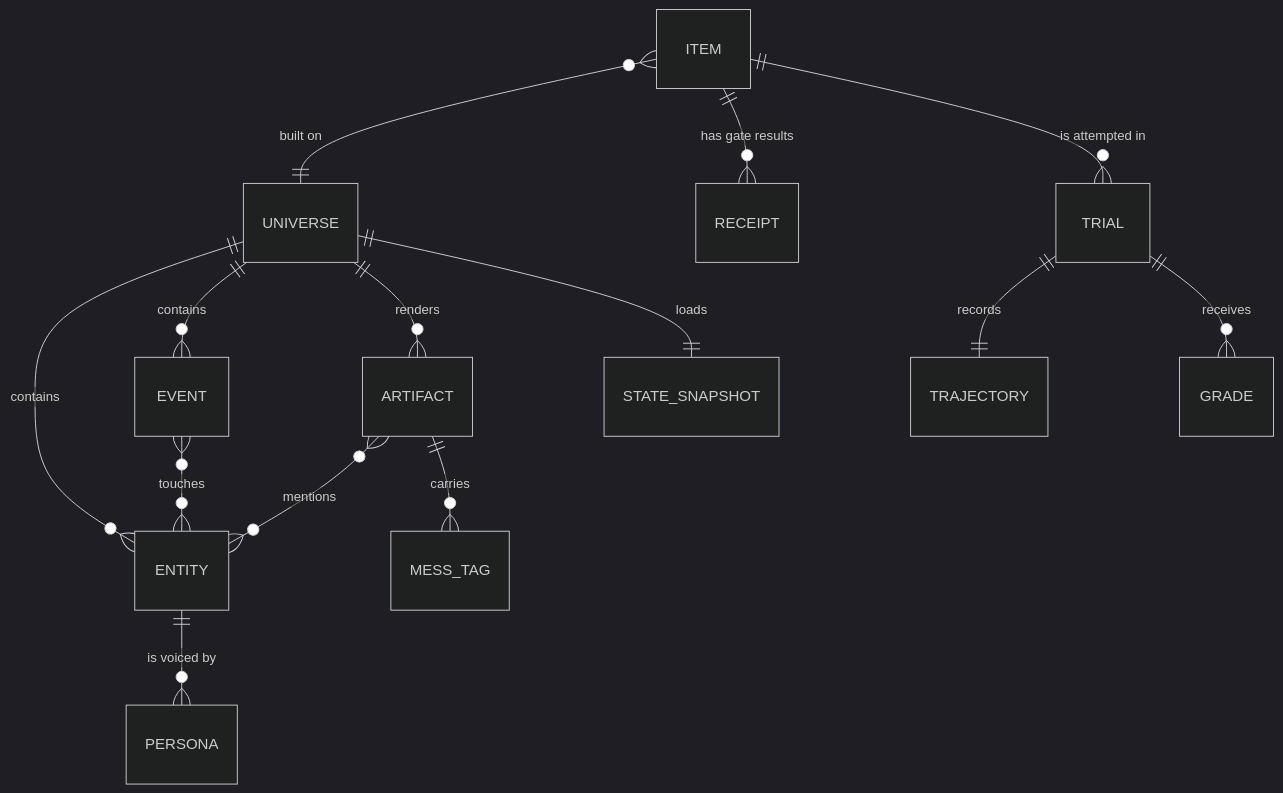
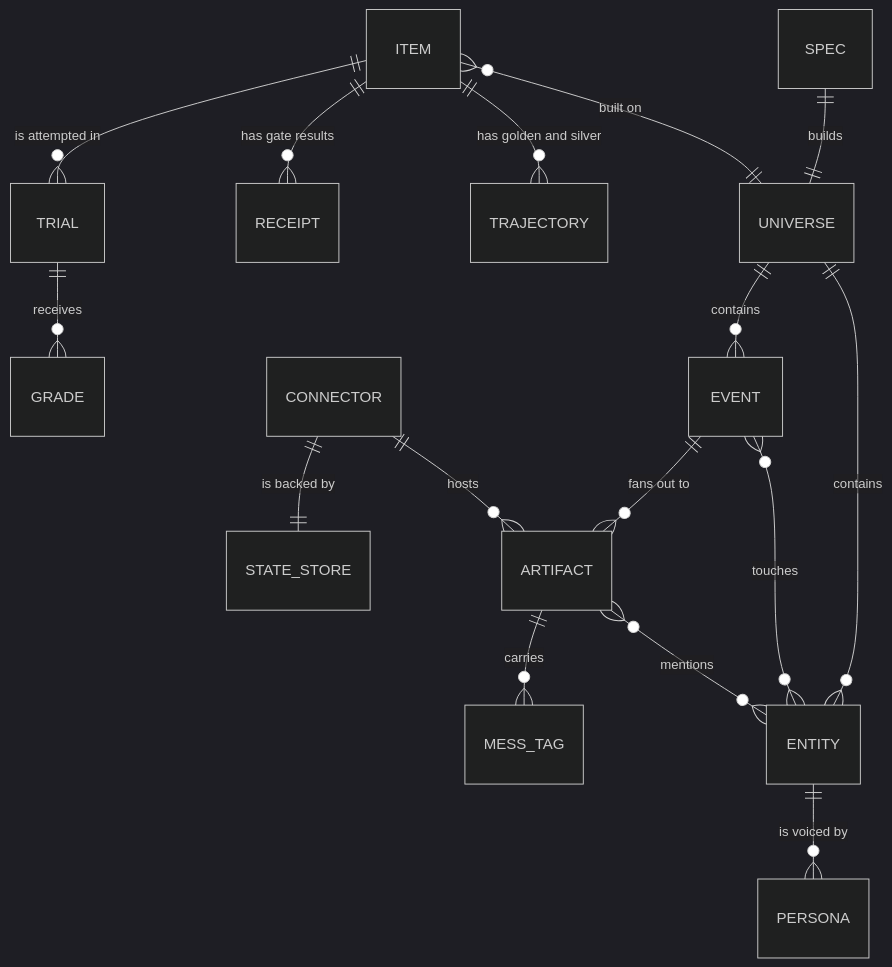
Before and after one commit to nbdesai1992/orbifex: diagram 16 of 17 in README.md, drawn with Mermaid (dark theme). The commit also changed other lines of this file, not shown here.

````diff
--- a/README.md
+++ b/README.md
@@ -459,16 +512,18 @@
 ```mermaid
 erDiagram
+  SPEC ||--|| UNIVERSE : builds
   UNIVERSE ||--o{ ENTITY : contains
   UNIVERSE ||--o{ EVENT : contains
   ENTITY ||--o{ PERSONA : "is voiced by"
   EVENT }o--o{ ENTITY : touches
-  UNIVERSE ||--o{ ARTIFACT : renders
+  EVENT ||--o{ ARTIFACT : "fans out to"
+  CONNECTOR ||--o{ ARTIFACT : hosts
   ARTIFACT }o--o{ ENTITY : mentions
   ARTIFACT ||--o{ MESS_TAG : carries
-  UNIVERSE ||--|| STATE_SNAPSHOT : loads
+  CONNECTOR ||--|| STATE_STORE : "is backed by"
   ITEM }o--|| UNIVERSE : "built on"
+  ITEM ||--o{ TRAJECTORY : "has golden and silver"
   ITEM ||--o{ RECEIPT : "has gate results"
   ITEM ||--o{ TRIAL : "is attempted in"
-  TRIAL ||--|| TRAJECTORY : records
   TRIAL ||--o{ GRADE : receives
 ```
````
